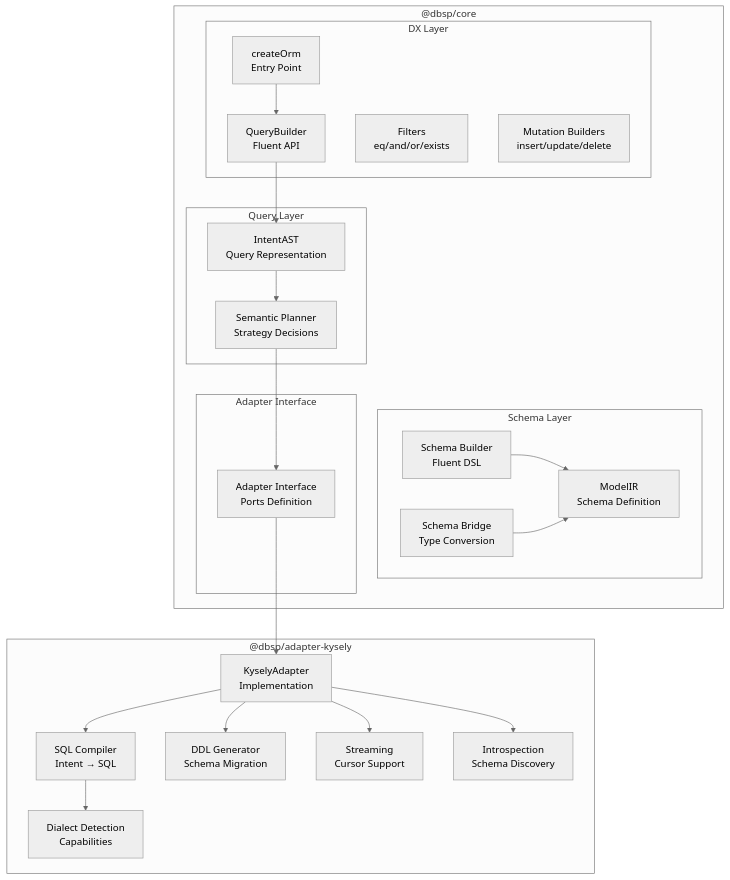
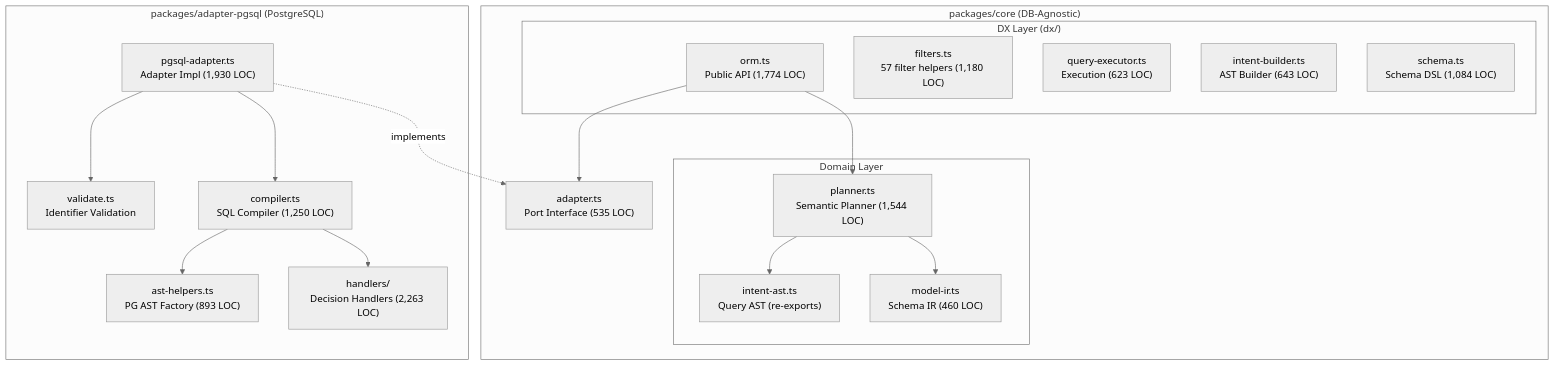
Before and after one commit to oorabona/db-semantic-planner: the second of 4 diagrams in docs/audit/ARCHITECTURE.md, drawn with Mermaid (neutral theme). The commit also changed other lines of this file and 13 other files, not shown here.

````diff
--- a/docs/audit/ARCHITECTURE.md
+++ b/docs/audit/ARCHITECTURE.md
@@ -31,48 +40,38 @@
 ```mermaid
 graph TB
-    subgraph "@dbsp/core"
-        subgraph "Schema Layer"
-            ModelIR[ModelIR<br/>Schema Definition]
-            SchemaBuilder[Schema Builder<br/>Fluent DSL]
-            SchemaBridge[Schema Bridge<br/>Type Conversion]
+    subgraph "packages/core (DB-Agnostic)"
+        subgraph "Domain Layer"
+            ModelIR["model-ir.ts<br/>Schema IR (460 LOC)"]
+            IntentAST["intent-ast.ts<br/>Query AST (re-exports)"]
+            Planner["planner.ts<br/>Semantic Planner (1,544 LOC)"]
         end
 
-        subgraph "Query Layer"
-            IntentAST[IntentAST<br/>Query Representation]
-            Planner[Semantic Planner<br/>Strategy Decisions]
+        subgraph "DX Layer (dx/)"
+            ORM["orm.ts<br/>Public API (1,774 LOC)"]
+            Filters["filters.ts<br/>57 filter helpers (1,180 LOC)"]
+            QueryExec["query-executor.ts<br/>Execution (623 LOC)"]
+            IntentBuilder["intent-builder.ts<br/>AST Builder (643 LOC)"]
+            SchemaDSL["schema.ts<br/>Schema DSL (1,084 LOC)"]
         end
 
-        subgraph "DX Layer"
-            ORM[createOrm<br/>Entry Point]
-            QueryBuilder[QueryBuilder<br/>Fluent API]
-            Filters[Filters<br/>eq/and/or/exists]
-            MutationBuilders[Mutation Builders<br/>insert/update/delete]
-        end
-
-        subgraph "Adapter Interface"
-            AdapterInterface[Adapter Interface<br/>Ports Definition]
-        end
+        AdapterIF["adapter.ts<br/>Port Interface (535 LOC)"]
     end
 
-    subgraph "@dbsp/adapter-kysely"
-        KyselyAdapter[KyselyAdapter<br/>Implementation]
-        Compiler[SQL Compiler<br/>Intent → SQL]
-        Dialect[Dialect Detection<br/>Capabilities]
-        DDL[DDL Generator<br/>Schema Migration]
-        Stream[Streaming<br/>Cursor Support]
-        Introspection[Introspection<br/>Schema Discovery]
+    subgraph "packages/adapter-pgsql (PostgreSQL)"
+        PgsqlAdapter["pgsql-adapter.ts<br/>Adapter Impl (1,930 LOC)"]
+        Compiler["compiler.ts<br/>SQL Compiler (1,250 LOC)"]
+        Handlers["handlers/<br/>Decision Handlers (2,263 LOC)"]
+        ASTHelpers["ast-helpers.ts<br/>PG AST Factory (893 LOC)"]
+        Validate["validate.ts<br/>Identifier Validation"]
     end
 
-    SchemaBuilder --> ModelIR
-    SchemaBridge --> ModelIR
-    ORM --> QueryBuilder
-    QueryBuilder --> IntentAST
-    IntentAST --> Planner
-    Planner --> AdapterInterface
-    AdapterInterface --> KyselyAdapter
-    KyselyAdapter --> Compiler
-    KyselyAdapter --> DDL
-    KyselyAdapter --> Stream
-    KyselyAdapter --> Introspection
-    Compiler --> Dialect
+    ORM --> Planner
+    ORM --> AdapterIF
+    Planner --> ModelIR
+    Planner --> IntentAST
+    PgsqlAdapter -.->|implements| AdapterIF
+    PgsqlAdapter --> Compiler
+    Compiler --> Handlers
+    Compiler --> ASTHelpers
+    PgsqlAdapter --> Validate
 ```
````
